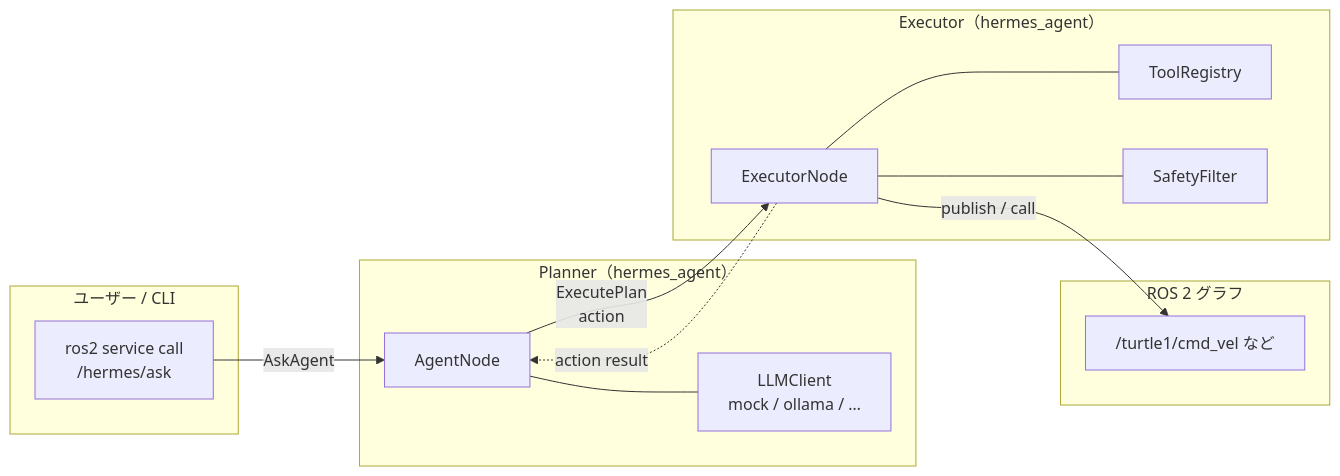
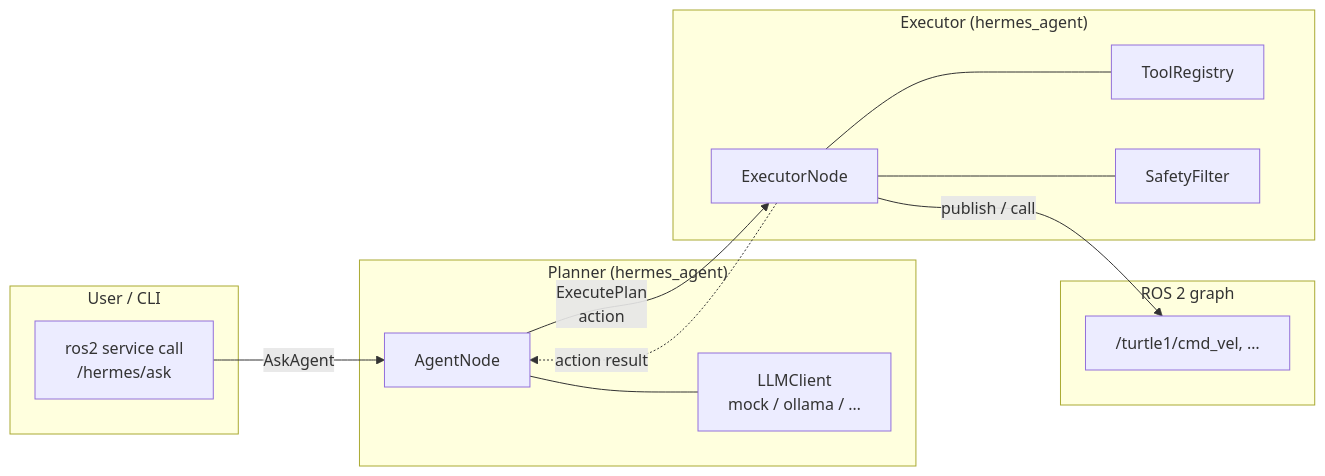
The second of 3 diagrams in README.md (rsasaki0109/hermes-agent-ros), drawn with Mermaid before and after one commit. The commit also changed other lines of this file, not shown here.

````diff
--- a/README.md
+++ b/README.md
@@ -30,25 +30,25 @@
 ```mermaid
 flowchart LR
-  subgraph user["ユーザー / CLI"]
+  subgraph user["User / CLI"]
     U[ros2 service call\n/hermes/ask]
   end
-  subgraph planner["Planner（hermes_agent）"]
+  subgraph planner["Planner (hermes_agent)"]
     A[AgentNode]
     L[LLMClient\nmock / ollama / …]
     A --- L
   end
-  subgraph executor["Executor（hermes_agent）"]
+  subgraph executor["Executor (hermes_agent)"]
     E[ExecutorNode]
     R[ToolRegistry]
     S[SafetyFilter]
     E --- R
     E --- S
   end
-  subgraph ros["ROS 2 グラフ"]
-    T["/turtle1/cmd_vel など"]
+  subgraph ros["ROS 2 graph"]
+    T["/turtle1/cmd_vel, …"]
   end
   U -->|AskAgent| A
   A -->|ExecutePlan\naction| E
   E -.->|action result| A
   E -->|publish / call| T
 ```
````
